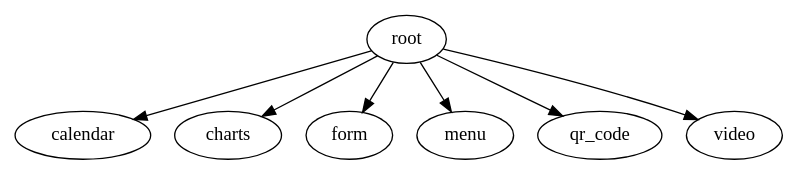
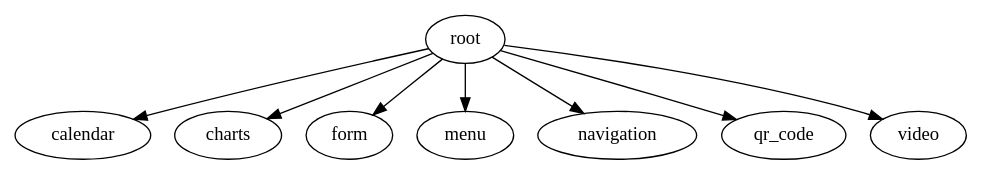
The diagram in features/module_graph/modules.dot (VitalyPerm/MobileUp-Android-Samples), drawn with Graphviz before and after one commit. The commit also changed 1 other file, not shown here.

Commit message:
Updated module graph

```diff
--- a/features/module_graph/modules.dot
+++ b/features/module_graph/modules.dot
@@ -1,15 +1,17 @@
 digraph {
 calendar
 charts
 form
 menu
+navigation
 qr_code
 root
 video
 root -> calendar
 root -> charts
 root -> form
 root -> menu
+root -> navigation
 root -> qr_code
 root -> video
 }
```
